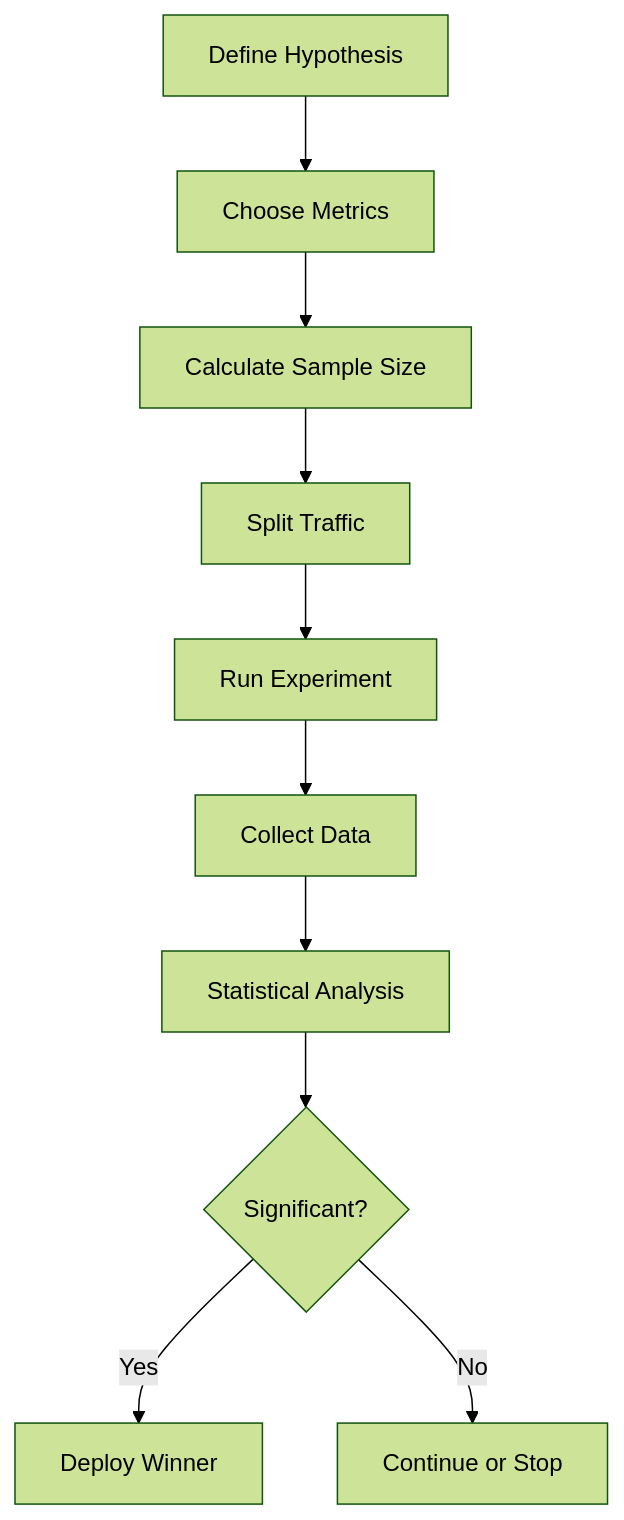
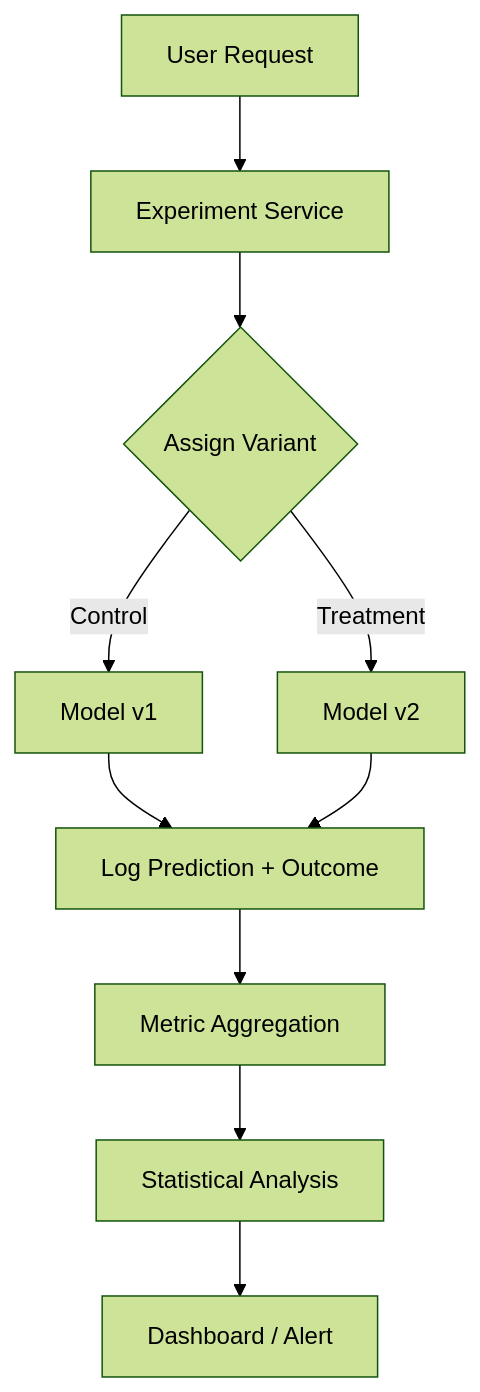
The diagram in src/ml/system-design/ab-testing.md (vanos001/placement_prep), drawn with Mermaid (forest theme) before and after one commit. The commit also changed other lines of this file and 14 other files, not shown here.

````diff
--- a/src/ml/system-design/ab-testing.md
+++ b/src/ml/system-design/ab-testing.md
@@ -30,12 +9,12 @@
 ```mermaid
-flowchart TB
-    A[Define Hypothesis] --> B[Choose Metrics]
-    B --> C[Calculate Sample Size]
-    C --> D[Split Traffic]
-    D --> E[Run Experiment]
-    E --> F[Collect Data]
-    F --> G[Statistical Analysis]
-    G --> H{Significant?}
-    H -->|Yes| I[Deploy Winner]
-    H -->|No| J[Continue or Stop]
+graph TD
+    A[User Request] --> B[Experiment Service]
+    B --> C{Assign Variant}
+    C -->|Control| D[Model v1]
+    C -->|Treatment| E[Model v2]
+    D --> F[Log Prediction + Outcome]
+    E --> F
+    F --> G[Metric Aggregation]
+    G --> H[Statistical Analysis]
+    H --> I[Dashboard / Alert]
 ```
````
